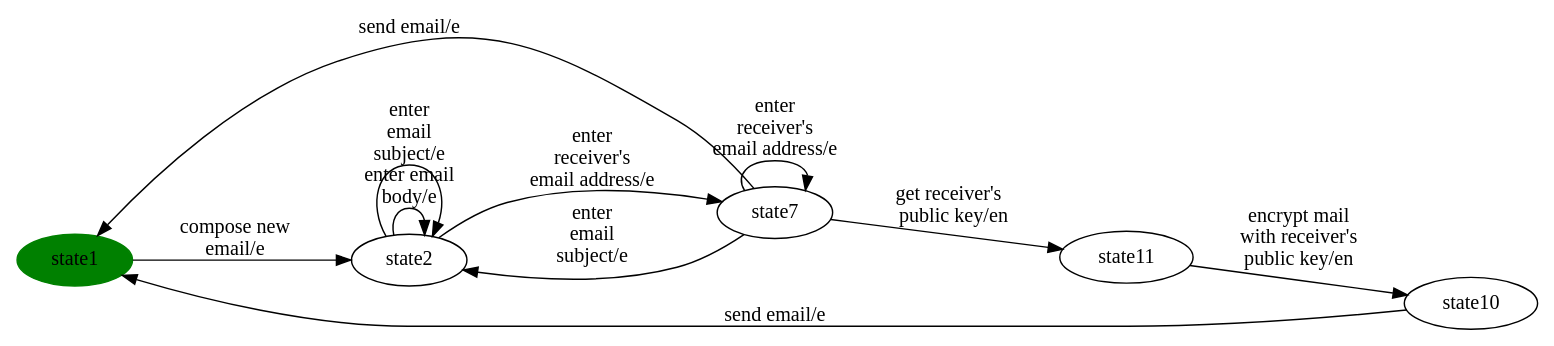
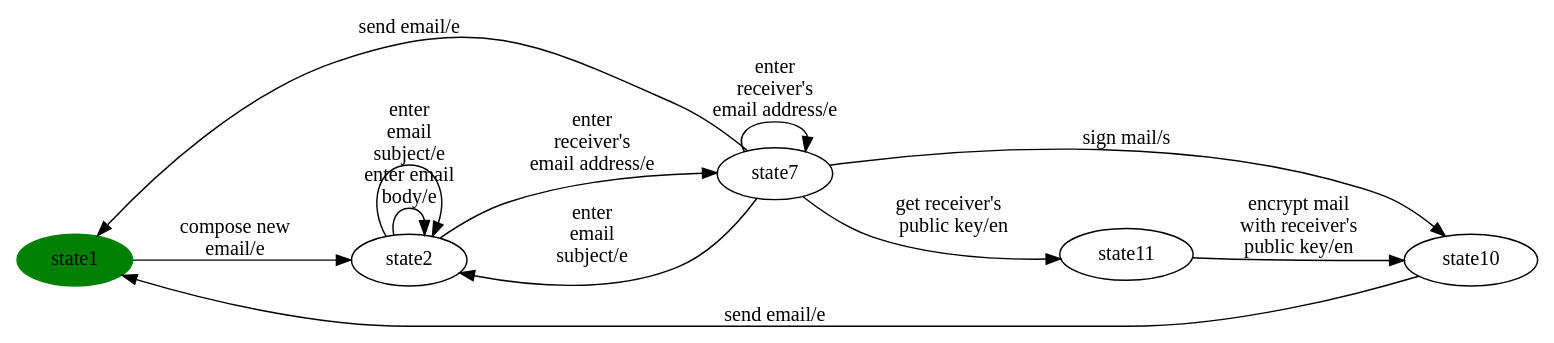
Before and after one commit to dilekozturk93/vibes: the diagram in automode-reports/per-product/eMail/eMail-product21.dot, drawn with Graphviz. The commit also changed 43 other files, not shown here.

```diff
--- a/automode-reports/per-product/eMail/eMail-product21.dot
+++ b/automode-reports/per-product/eMail/eMail-product21.dot
@@ -1,31 +1,32 @@
 digraph G {
 rankdir=LR;
 state0[ label = "state1", style=filled, color=green ];
 state1 [ label = "state11" ];
 state1 -> state2 [ label=" encrypt mail 
 with receiver's 
 public key/en " ];
 state3 [ label = "state7" ];
 state3 -> state0 [ label=" send email/e " ];
 state3 -> state1 [ label=" get receiver's  
 public key/en " ];
+state3 -> state2 [ label=" sign mail/s " ];
 state3 -> state4 [ label=" enter
  email 
 subject/e " ];
 state3 -> state3 [ label=" enter 
 receiver's 
 email address/e " ];
 state2 [ label = "state10" ];
 state2 -> state0 [ label=" send email/e " ];
 state4 [ label = "state2" ];
 state4 -> state3 [ label=" enter 
 receiver's 
 email address/e " ];
 state4 -> state4 [ label=" enter email 
 body/e " ];
 state4 -> state4 [ label=" enter
  email 
 subject/e " ];
 state0 -> state4 [ label=" compose new 
 email/e " ];
 }
```
